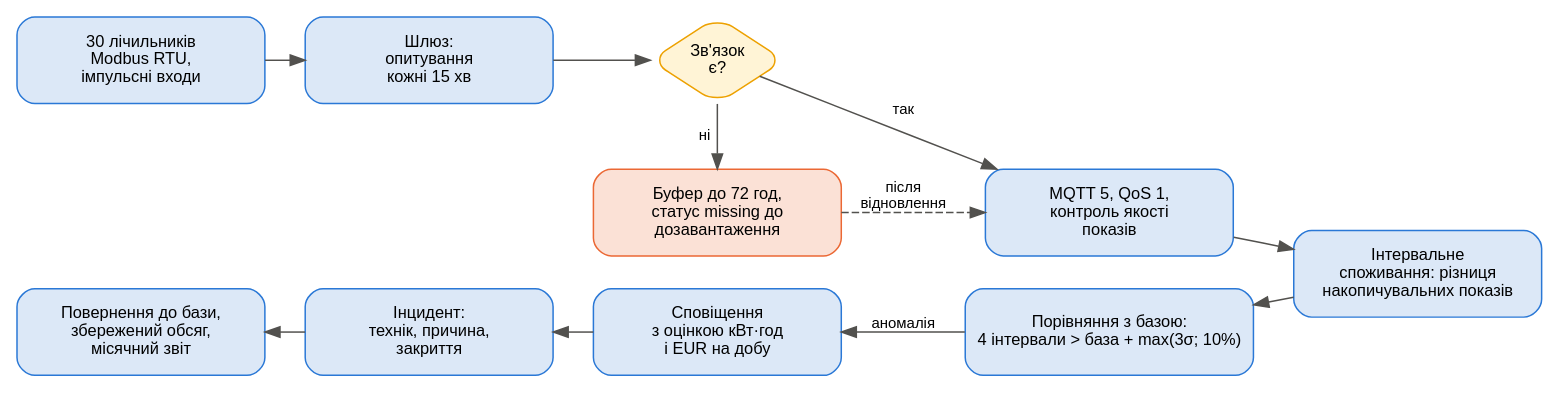
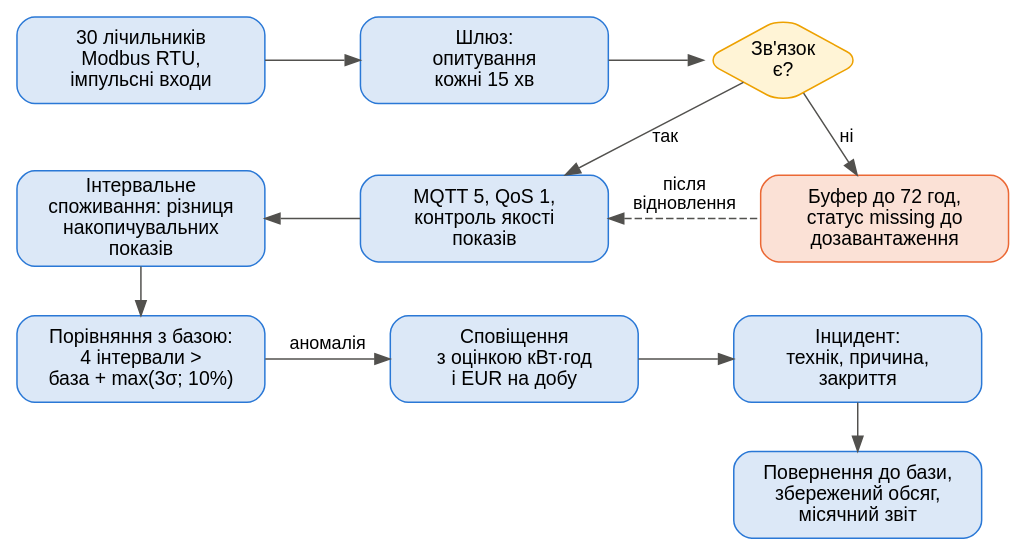
Before and after one commit to constantinemakoid/kai-software-economics: the diagram in lab1/out/fig_scenario.dot, drawn with Graphviz. The commit also changed 7 other files, not shown here.

Commit message:
Lab 1 review fixes: A1 threshold value, hourly input data tests, mean and median basis, readable diagrams

```diff
--- a/lab1/out/fig_scenario.dot
+++ b/lab1/out/fig_scenario.dot
@@ -1,28 +1,28 @@
 digraph G {
-rankdir=LR; nodesep=0.3; ranksep=0.35; newrank=true;
-node [shape=box, style="rounded,filled", fillcolor="#dce8f7", color="#2a78d6", fontname="Arial", fontsize=11, width=2.3, height=0.8];
-edge [color="#52514e", fontname="Arial", fontsize=10];
+rankdir=TB; nodesep=0.45; ranksep=0.45; newrank=true;
+node [shape=box, style="rounded,filled", fillcolor="#dce8f7", color="#2a78d6", fontname="Arial", fontsize=13, width=2.3, height=0.8];
+edge [color="#52514e", fontname="Arial", fontsize=12];
 m [label="30 лічильників\nModbus RTU,\nімпульсні входи"];
 g [label="Шлюз:\nопитування\nкожні 15 хв"];
-c [label="Зв'язок\nє?", shape=diamond, fillcolor="#fff4d6", color="#eda100", width=1.2];
+c [label="Зв'язок\nє?", shape=diamond, fillcolor="#fff4d6", color="#eda100", width=1.4];
 b [label="Буфер до 72 год,\nстатус missing до\nдозавантаження", fillcolor="#fbe1d6", color="#eb6834"];
 q [label="MQTT 5, QoS 1,\nконтроль якості\nпоказів"];
-s [label="Інтервальне\nспоживання: різниця\nнакопичувальних показів"];
-a [label="Порівняння з базою:\n4 інтервали > база + max(3σ; 10%)"];
+s [label="Інтервальне\nспоживання: різниця\nнакопичувальних\nпоказів"];
+a [label="Порівняння з базою:\n4 інтервали >\nбаза + max(3σ; 10%)"];
 n [label="Сповіщення\nз оцінкою кВт·год\nі EUR на добу"];
 i [label="Інцидент:\nтехнік, причина,\nзакриття"];
 r [label="Повернення до бази,\nзбережений обсяг,\nмісячний звіт"];
-{rank=same; m; r;}
-{rank=same; g; i;}
-{rank=same; c; b; n;}
-{rank=same; q; a;}
+{rank=same; m; g; c;}
+{rank=same; s; q; b;}
+{rank=same; a; n; i;}
 m -> g -> c;
+c -> b [label=" ні"];
 c -> q [label="так"];
-c -> b [label="ні"];
-b -> q [label="після\nвідновлення", style=dashed];
-q -> s;
-a -> s [dir=back];
-n -> a [dir=back, label="аномалія"];
-i -> n [dir=back];
-r -> i [dir=back];
+q -> b [dir=back, style=dashed, label="після\nвідновлення"];
+s -> q [dir=back];
+m -> s [style=invis];
+s -> a;
+a -> n [label="аномалія"];
+n -> i;
+i -> r;
 }
```
